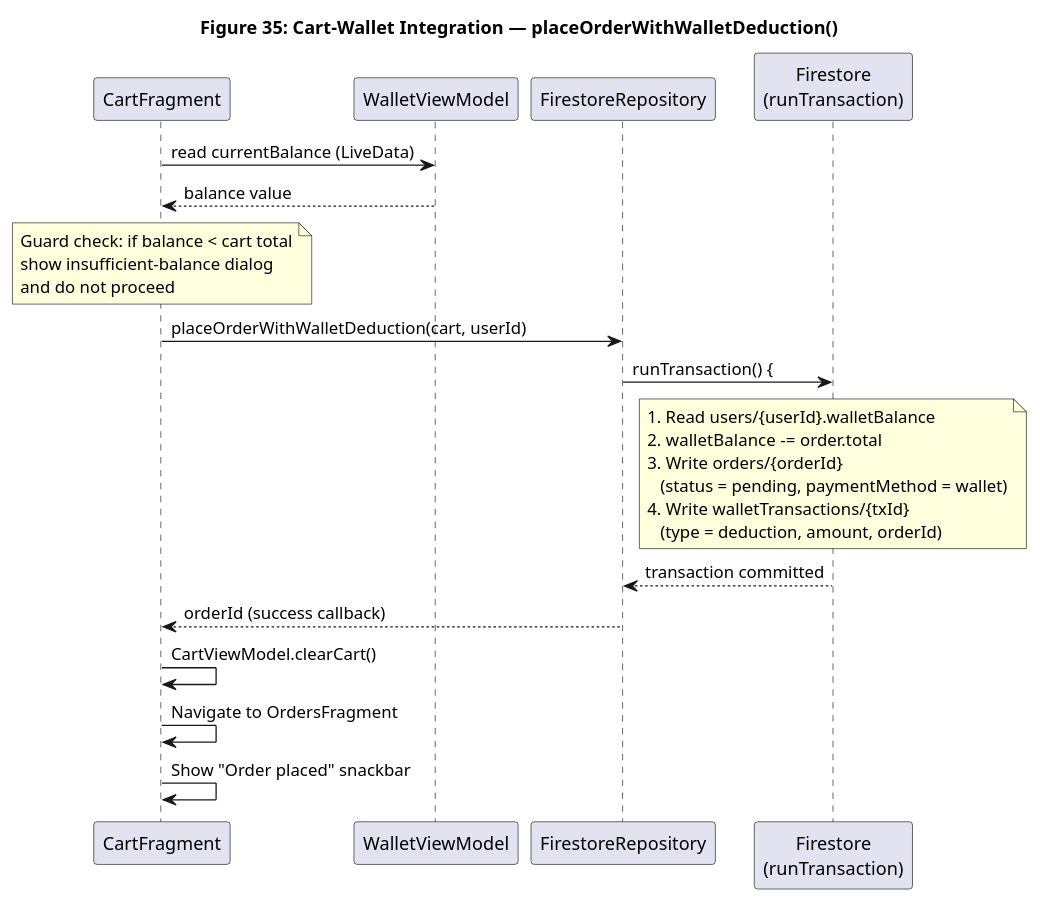
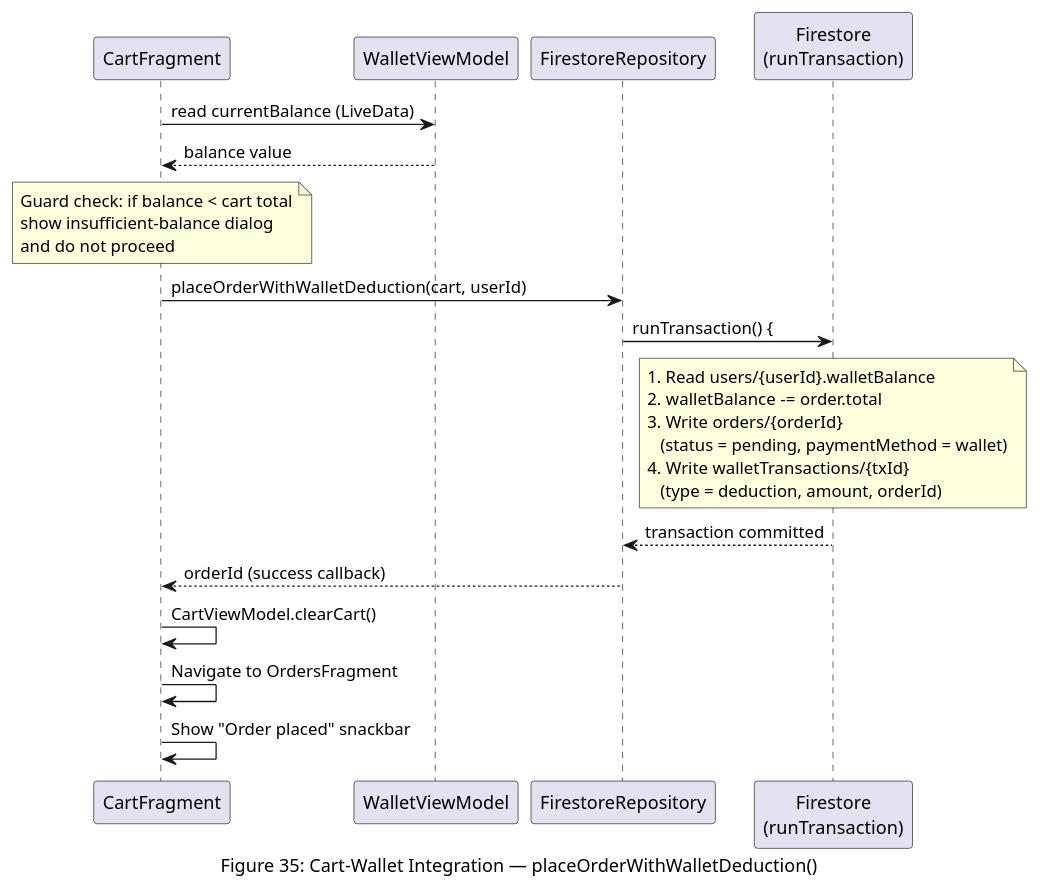
The sixth of 12 diagrams in pdf-source/figures/ch-6.md (Musyonchez/beni-2), drawn with PlantUML before and after one commit. The commit also changed other lines of this file and 30 other files, not shown here.

First line of the commit message:
chore: update figures, add generated PNGs, fix figure follow-up paragraphs

````diff
--- a/pdf-source/figures/ch-6.md
+++ b/pdf-source/figures/ch-6.md
@@ -257,35 +257,35 @@
 ```plantuml
 @startuml Figure35_CartWalletIntegration
 skinparam backgroundColor white
 skinparam defaultFontName Arial
-title Figure 35: Cart-Wallet Integration — placeOrderWithWalletDeduction()
+caption Figure 35: Cart-Wallet Integration — placeOrderWithWalletDeduction()
 
 participant "CartFragment" as CF
 participant "WalletViewModel" as WVM
 participant "FirestoreRepository" as REPO
 participant "Firestore\n(runTransaction)" as FS
 
 CF -> WVM : read currentBalance (LiveData)
 WVM --> CF : balance value
 note over CF
   Guard check: if balance < cart total
   show insufficient-balance dialog
   and do not proceed
 end note
 CF -> REPO : placeOrderWithWalletDeduction(cart, userId)
 REPO -> FS : runTransaction() {
 note over FS
   1. Read users/{userId}.walletBalance
   2. walletBalance -= order.total
   3. Write orders/{orderId}
      (status = pending, paymentMethod = wallet)
   4. Write walletTransactions/{txId}
      (type = deduction, amount, orderId)
 end note
 FS --> REPO : transaction committed
 REPO --> CF : orderId (success callback)
 CF -> CF : CartViewModel.clearCart()
 CF -> CF : Navigate to OrdersFragment
 CF -> CF : Show "Order placed" snackbar
 @enduml
 ```
````
